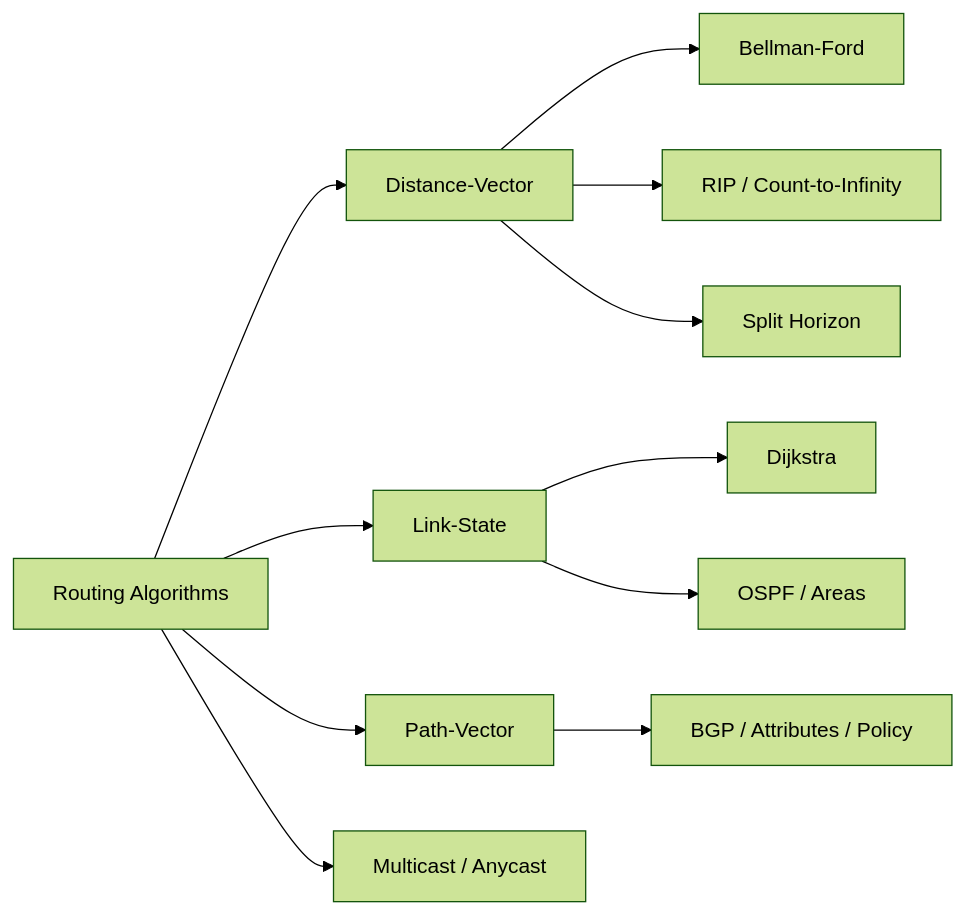
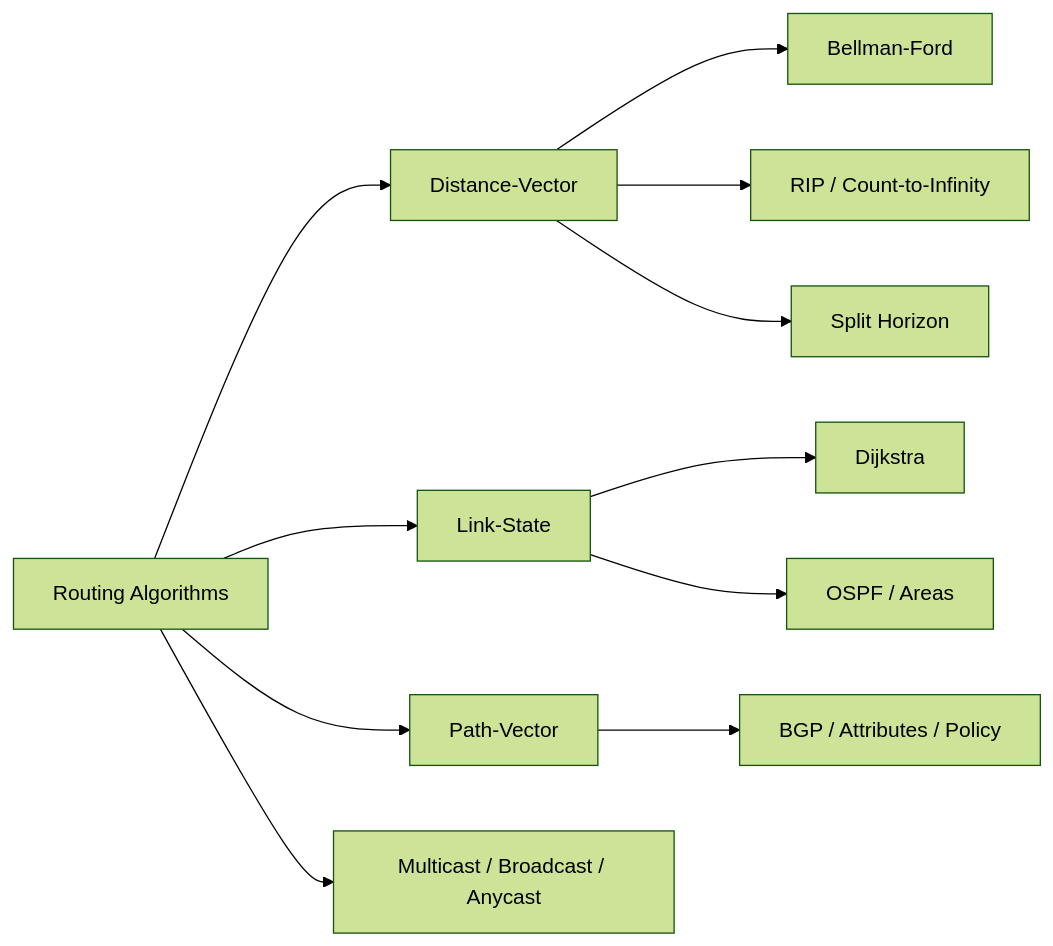
One commit to Raushan666java/ai-engineering-journey changed the diagram in docs/courses/computer-networks/07-routing.md. Above: the diagram before and after it, drawn with Mermaid (forest theme). The commit also changed other lines of this file and 17 other files, not shown here.

````diff
--- a/docs/courses/computer-networks/07-routing.md
+++ b/docs/courses/computer-networks/07-routing.md
@@ -29,13 +29,13 @@
 ```mermaid
 flowchart LR
     A[Routing Algorithms] --> B[Distance-Vector]
     A --> C[Link-State]
     A --> D[Path-Vector]
     B --> B1[Bellman-Ford]
     B --> B2[RIP / Count-to-Infinity]
     B --> B3[Split Horizon]
     C --> C1[Dijkstra]
     C --> C2[OSPF / Areas]
     D --> D1[BGP / Attributes / Policy]
-    A --> E[Multicast / Anycast]
+    A --> E[Multicast / Broadcast / Anycast]
 ```
````
